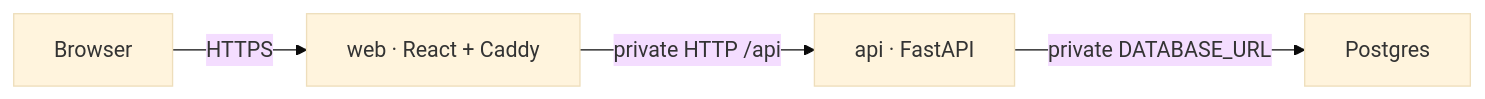
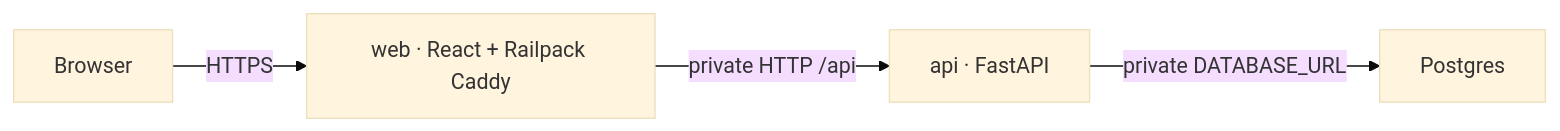
The diagram in docs/deployment.md (RahulGusai/pricing-calculator), drawn with Mermaid (base theme) before and after one commit. The commit also changed other lines of this file and 10 other files, not shown here.

````diff
--- a/docs/deployment.md
+++ b/docs/deployment.md
@@ -14,6 +15,6 @@
 ```mermaid
 flowchart LR
-    Browser["Browser"] -->|"HTTPS"| Web["web · React + Caddy"]
+    Browser["Browser"] -->|"HTTPS"| Web["web · React + Railpack Caddy"]
     Web -->|"private HTTP /api"| API["api · FastAPI"]
     API -->|"private DATABASE_URL"| PG["Postgres"]
 ```
````
